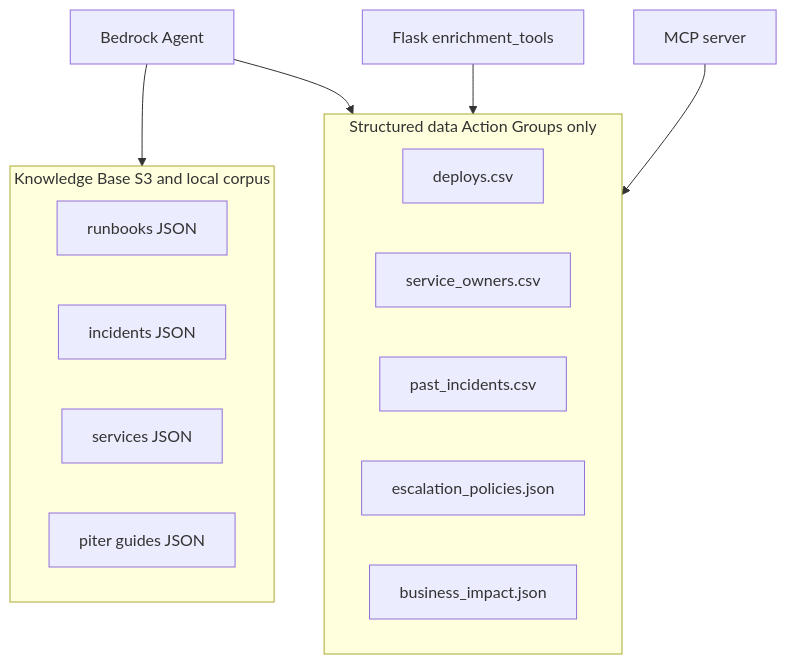
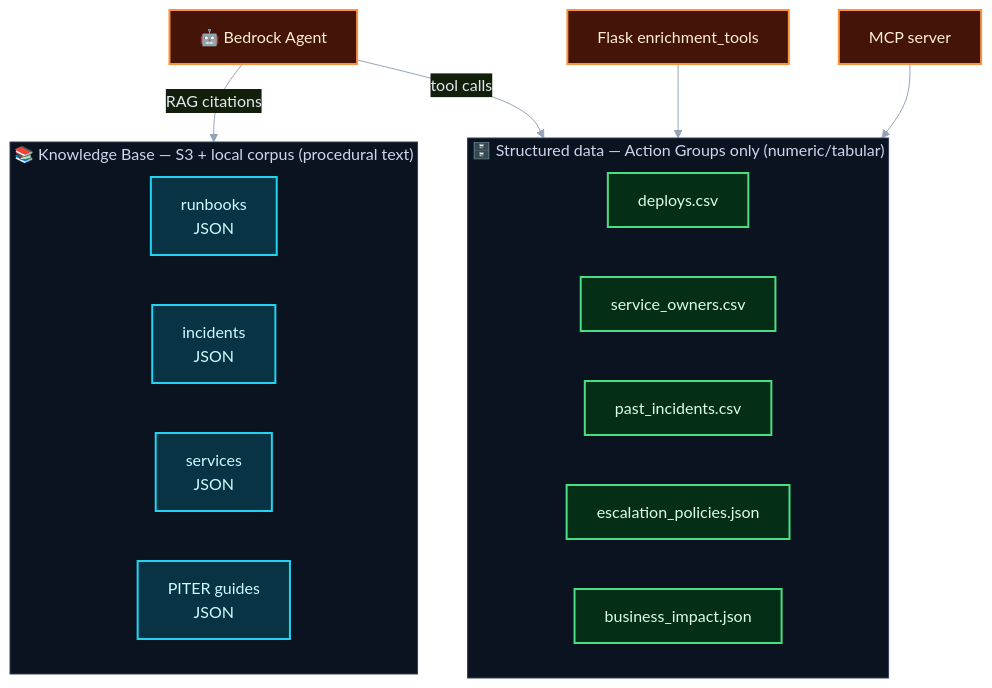
One commit to reem-mor/ai-engineering-portfolio changed the third of 5 diagrams in projects/piter-aiops/README.md. Above: the diagram before and after it, drawn with Mermaid. The commit also changed other lines of this file and 71 other files, not shown here.

````diff
--- a/projects/piter-aiops/README.md
+++ b/projects/piter-aiops/README.md
@@ -199,20 +302,28 @@
 ```mermaid
+%%{init: {'theme':'base','themeVariables':{'primaryColor':'#0b1220','primaryTextColor':'#e2e8f0','primaryBorderColor':'#22d3ee','lineColor':'#94a3b8','clusterBkg':'#0b1220','clusterBorder':'#334155'}}}%%
 flowchart TB
-  subgraph kb [Knowledge Base S3 and local corpus]
-    RB[runbooks JSON]
-    INC[incidents JSON]
-    SVC[services JSON]
-    PITER[piter guides JSON]
+  subgraph kb ["📚 Knowledge Base — S3 + local corpus (procedural text)"]
+    RB["runbooks<br/>JSON"]
+    INC["incidents<br/>JSON"]
+    SVC["services<br/>JSON"]
+    PITER["PITER guides<br/>JSON"]
   end
-  subgraph structured [Structured data Action Groups only]
-    DEP[deploys.csv]
-    OWN[service_owners.csv]
-    PAST[past_incidents.csv]
-    ESC[escalation_policies.json]
-    BI[business_impact.json]
+  subgraph structured ["🗄️ Structured data — Action Groups only (numeric/tabular)"]
+    DEP["deploys.csv"]
+    OWN["service_owners.csv"]
+    PAST["past_incidents.csv"]
+    ESC["escalation_policies.json"]
+    BI["business_impact.json"]
   end
-  Agent[Bedrock Agent] --> kb
-  Agent --> structured
-  Flask[Flask enrichment_tools] --> structured
-  MCP[MCP server] --> structured
+  Agent["🤖 Bedrock Agent"] -->|"RAG citations"| kb
+  Agent -->|"tool calls"| structured
+  Flask["Flask enrichment_tools"] --> structured
+  MCP["MCP server"] --> structured
+
+  classDef kbStyle fill:#083344,stroke:#22d3ee,stroke-width:2px,color:#cffafe
+  classDef structStyle fill:#052e16,stroke:#4ade80,stroke-width:2px,color:#dcfce7
+  classDef hubStyle fill:#431407,stroke:#fb923c,stroke-width:2px,color:#ffedd5
+  class RB,INC,SVC,PITER kbStyle
+  class DEP,OWN,PAST,ESC,BI structStyle
+  class Agent,Flask,MCP hubStyle
 ```
````
